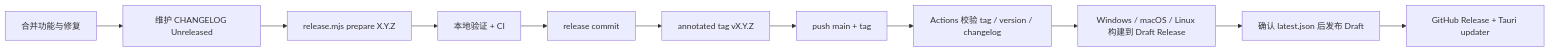
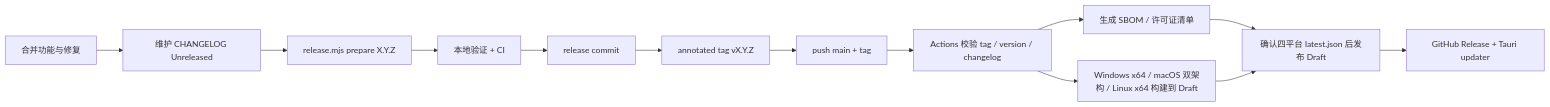
Before and after one commit to foritin/r-code: the diagram in docs/RELEASING.md, drawn with Mermaid. The commit also changed other lines of this file and 8 other files, not shown here.

````diff
--- a/docs/RELEASING.md
+++ b/docs/RELEASING.md
@@ -7,13 +7,15 @@
 ```mermaid
 flowchart LR
     Work["合并功能与修复"] --> Changelog["维护 CHANGELOG Unreleased"]
     Changelog --> Prepare["release.mjs prepare X.Y.Z"]
     Prepare --> Verify["本地验证 + CI"]
     Verify --> Commit["release commit"]
     Commit --> Tag["annotated tag vX.Y.Z"]
     Tag --> Push["push main + tag"]
     Push --> Validate["Actions 校验 tag / version / changelog"]
-    Validate --> Matrix["Windows / macOS / Linux 构建到 Draft Release"]
-    Matrix --> Finalize["确认 latest.json 后发布 Draft"]
+    Validate --> Supply["生成 SBOM / 许可证清单"]
+    Validate --> Matrix["Windows x64 / macOS 双架构 / Linux x64 构建到 Draft"]
+    Supply --> Finalize["确认四平台 latest.json 后发布 Draft"]
+    Matrix --> Finalize
     Finalize --> Update["GitHub Release + Tauri updater"]
 ```
````
